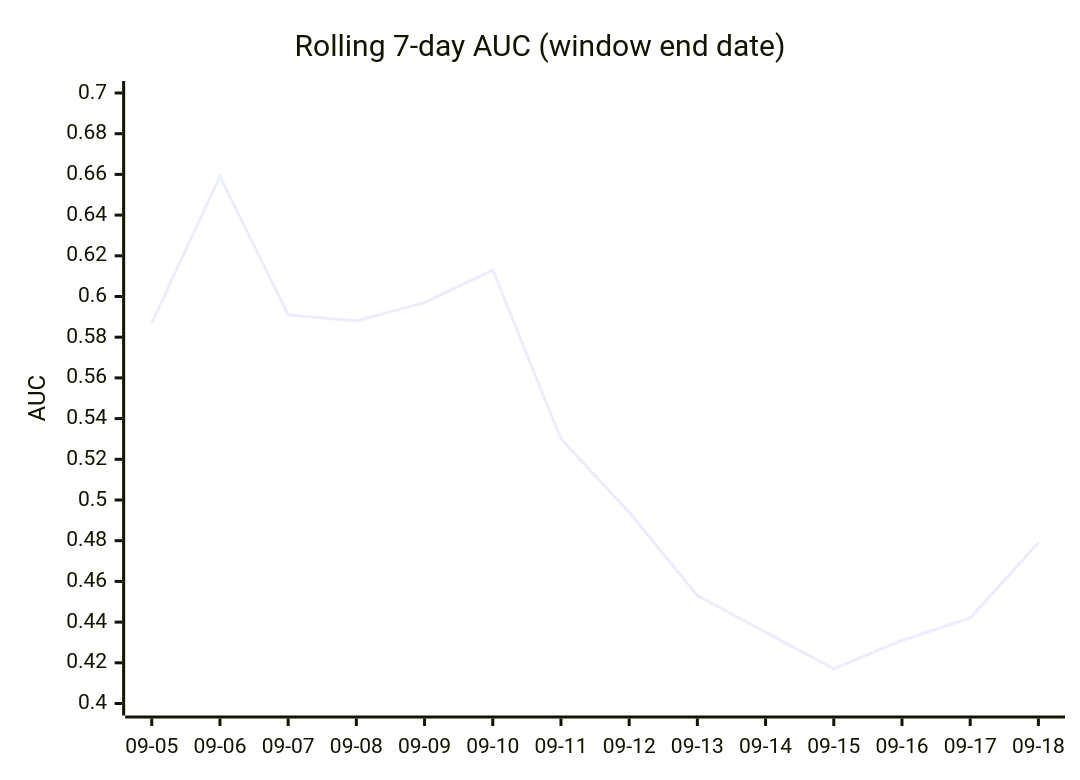
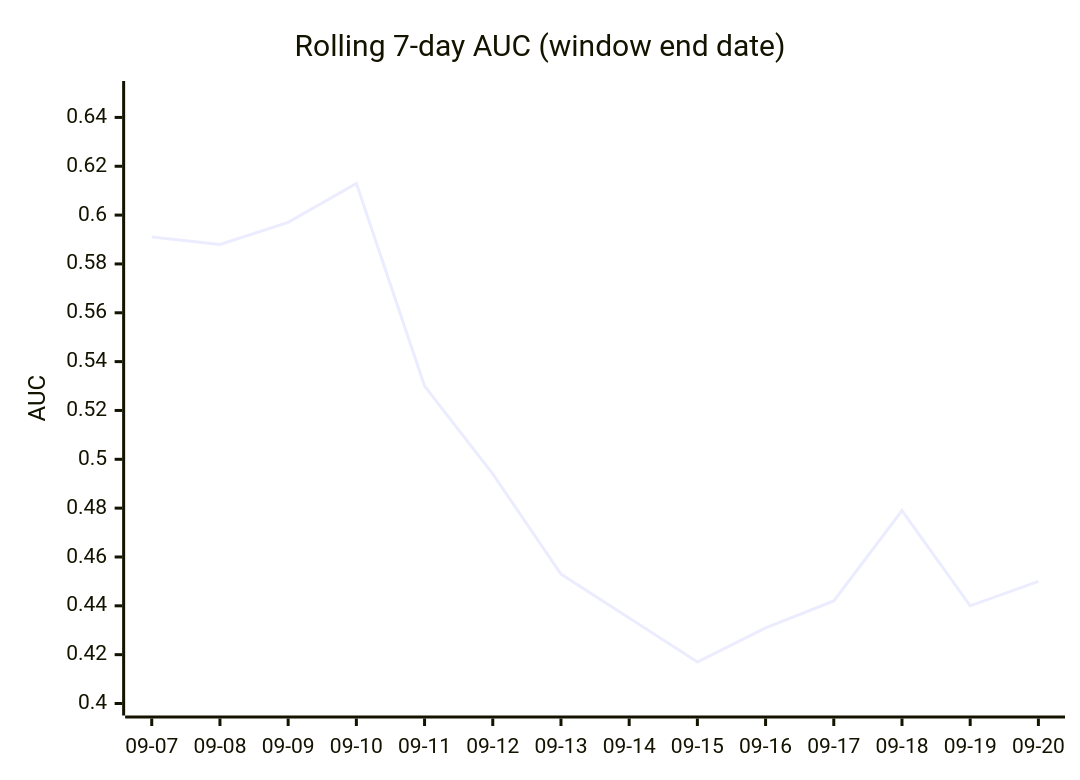
One commit to dpk1212/nhl-savant changed the third of 4 diagrams in DAILY_AGSU_REPORT.md. Above: the diagram before and after it, drawn with Mermaid. The commit also changed other lines of this file, not shown here.

````diff
--- a/DAILY_AGSU_REPORT.md
+++ b/DAILY_AGSU_REPORT.md
@@ -843,7 +862,7 @@
 ```mermaid
 xychart-beta
     title "Rolling 7-day AUC (window end date)"
-    x-axis ["09-05", "09-06", "09-07", "09-08", "09-09", "09-10", "09-11", "09-12", "09-13", "09-14", "09-15", "09-16", "09-17", "09-18"]
-    y-axis "AUC" 0.4 --> 0.7
-    line [0.587, 0.659, 0.591, 0.588, 0.597, 0.613, 0.53, 0.494, 0.453, 0.435, 0.417, 0.431, 0.442, 0.479]
+    x-axis ["09-07", "09-08", "09-09", "09-10", "09-11", "09-12", "09-13", "09-14", "09-15", "09-16", "09-17", "09-18", "09-19", "09-20"]
+    y-axis "AUC" 0.4 --> 0.65
+    line [0.591, 0.588, 0.597, 0.613, 0.53, 0.494, 0.453, 0.435, 0.417, 0.431, 0.442, 0.479, 0.44, 0.45]
 ```
````
